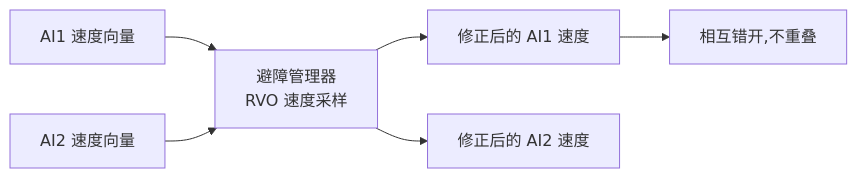
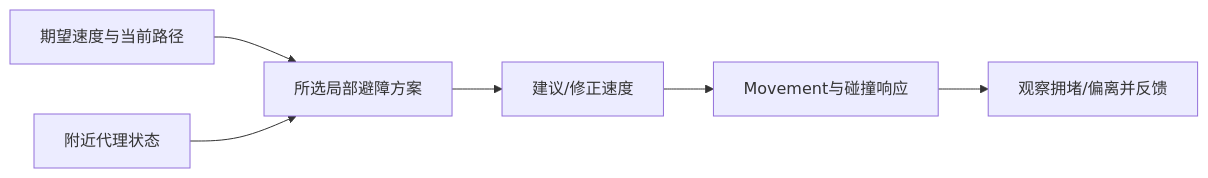
The seventh of 7 diagrams in 知识/06-游戏AI/导航移动与群体协同/03-NavMesh寻路.md (fantuan812/learning), drawn with Mermaid before and after one commit. The commit also changed other lines of this file and 2 other files, not shown here.

````diff
--- a/知识/06-游戏AI/导航移动与群体协同/03-NavMesh寻路.md
+++ b/知识/06-游戏AI/导航移动与群体协同/03-NavMesh寻路.md
@@ -207,8 +432,8 @@
 ```mermaid
 flowchart LR
-    A[AI1 速度向量] --> C[避障管理器<br/>RVO 速度采样]
-    B[AI2 速度向量] --> C
-    C --> D[修正后的 AI1 速度]
-    C --> E[修正后的 AI2 速度]
-    D --> F[相互错开,不重叠]
+    Desired[期望速度与当前路径] --> Avoid[所选局部避障方案]
+    Nearby[附近代理状态] --> Avoid
+    Avoid --> Velocity[建议/修正速度]
+    Velocity --> Move[Movement与碰撞响应]
+    Move --> Observe[观察拥堵/偏离并反馈]
 ```
````
